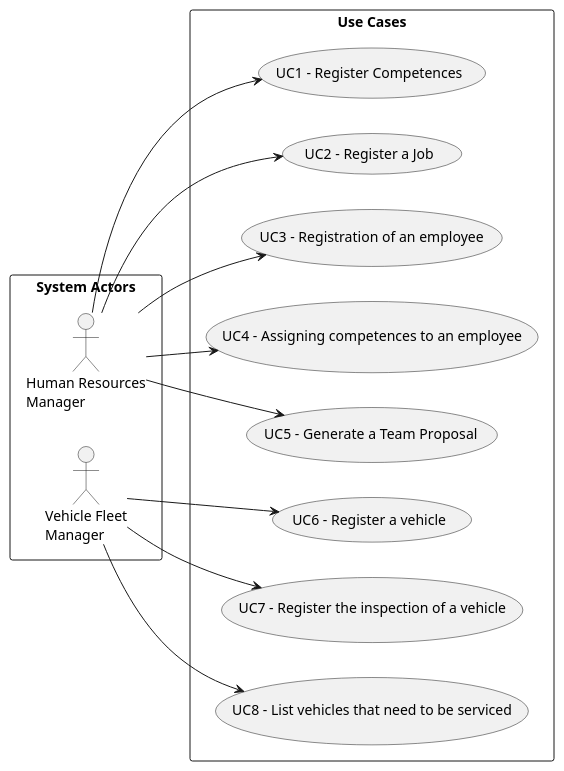
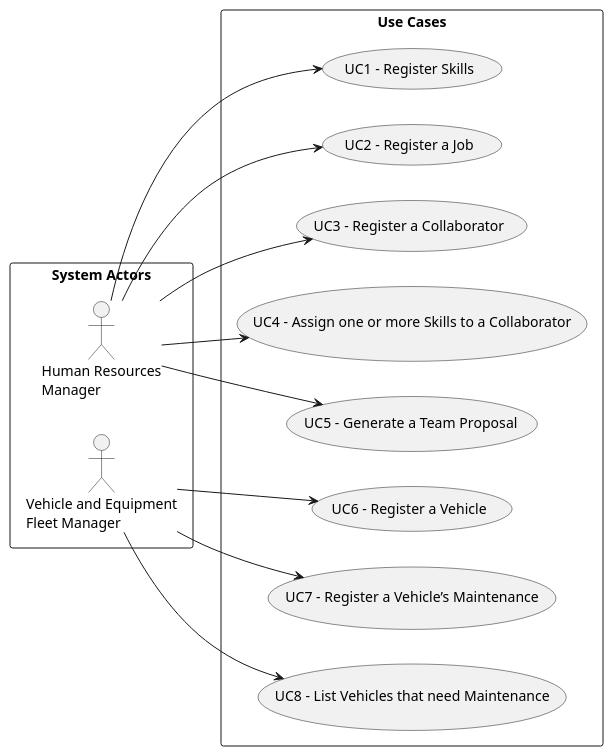
One commit to diogoveirospro/lei-24-s2-1dg-g072 changed the diagram in docs/sprintB/global-artifacts/01.requirements-engineering/puml/use-case-diagram.puml. Above: the diagram before and after it, drawn with PlantUML.

Commit message:
Use Case Diagram

```diff
--- a/docs/sprintB/global-artifacts/01.requirements-engineering/puml/use-case-diagram.puml
+++ b/docs/sprintB/global-artifacts/01.requirements-engineering/puml/use-case-diagram.puml
@@ -1,44 +1,44 @@
 @startuml
 'skinparam monochrome true
 skinparam packageStyle rectangle
 'skinparam shadowing false
 
 
 'title Use Case Diagram Example
 
 left to right direction
 
 rectangle "System Actors" as actors {
     actor "Human Resources\nManager" as HRM
-    actor "Vehicle Fleet\nManager" as FM
+    actor "Vehicle and Equipment\nFleet Manager" as VFM
 }
 
 
 rectangle "Use Cases" as usecases{
-    usecase "UC1 - Register Competences" as UC1
+    usecase "UC1 - Register Skills" as UC1
     HRM --> UC1
 
     usecase "UC2 - Register a Job" as UC2
     HRM --> UC2
 
-    usecase "UC3 - Registration of an employee" as UC3
+    usecase "UC3 - Register a Collaborator" as UC3
     HRM --> UC3
 
-    usecase "UC4 - Assigning competences to an employee" as UC4
+    usecase "UC4 - Assign one or more Skills to a Collaborator" as UC4
     HRM --> UC4
 
     usecase "UC5 - Generate a Team Proposal" as UC5
     HRM --> UC5
 
-    usecase "UC6 - Register a vehicle" as UC6
-    FM --> UC6
+    usecase "UC6 - Register a Vehicle" as UC6
+    VFM --> UC6
 
-    usecase "UC7 - Register the inspection of a vehicle" as UC7
-    FM --> UC7
+    usecase "UC7 - Register a Vehicle’s Maintenance" as UC7
+    VFM --> UC7
 
-    usecase "UC8 - List vehicles that need to be serviced" as UC8
-    FM --> UC8
+    usecase "UC8 - List Vehicles that need Maintenance" as UC8
+    VFM --> UC8
 }
 
 
 @enduml
```
